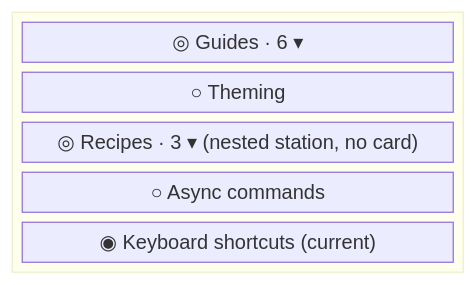
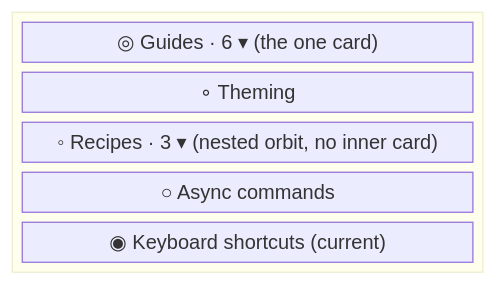
Before and after one commit to nepal-dev-com/docs.nepal-dev.com: the third of 7 diagrams in content/docs/maintain/app-flow/docs-sidebars.mdx, drawn with Mermaid. The commit also changed other lines of this file and 85 other files, not shown here.

````diff
--- a/content/docs/maintain/app-flow/docs-sidebars.mdx
+++ b/content/docs/maintain/app-flow/docs-sidebars.mdx
@@ -98,12 +95,12 @@
 ```mermaid
 block-beta
   columns 4
   block:nest:4
     columns 4
-    h["◎ Guides · 6 ▾"]:4
-    a1[" ○ Theming"]:4
-    sub["   ◎ Recipes · 3 ▾ (nested station, no card)"]:4
+    h["◎ Guides · 6 ▾ (the one card)"]:4
+    a1[" ∘ Theming"]:4
+    sub["   ◦ Recipes · 3 ▾ (nested orbit, no inner card)"]:4
     a2["     ○ Async commands"]:4
     a3[" ◉ Keyboard shortcuts (current)"]:4
   end
 ```
````
